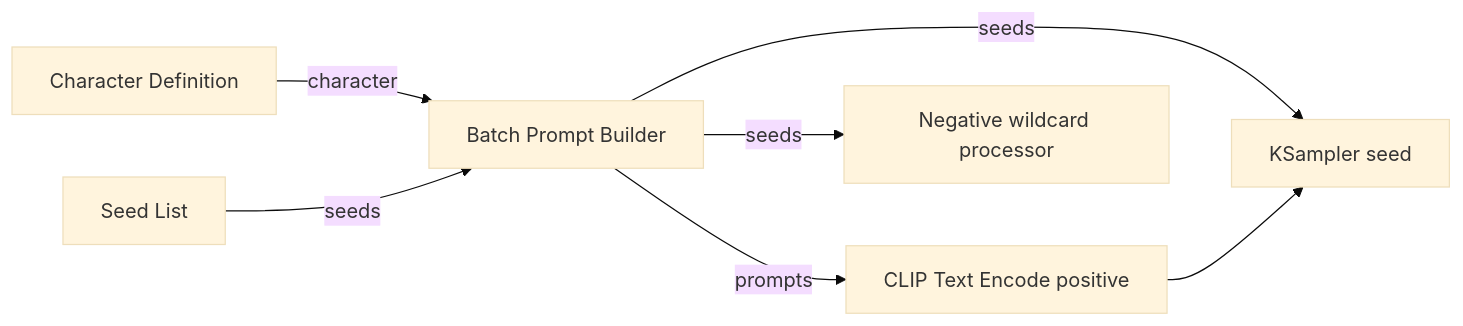
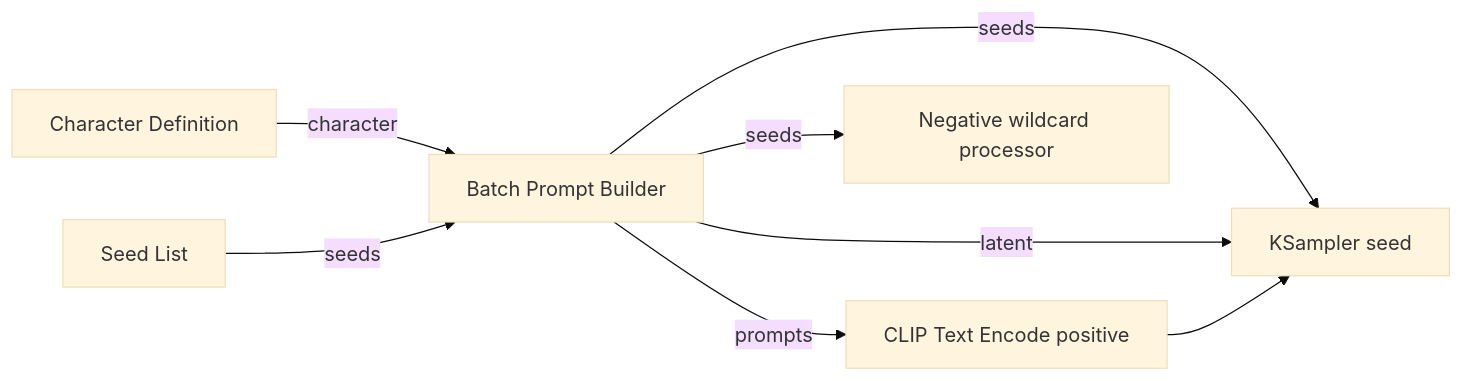
The diagram in README.md (ThedDryz/comfyui-batch-builder), drawn with Mermaid (base theme) before and after one commit. The commit also changed other lines of this file and 7 other files, not shown here.

````diff
--- a/README.md
+++ b/README.md
@@ -76,9 +93,10 @@
 ```mermaid
 flowchart LR
   charDef[Character Definition] -->|character| builder[Batch Prompt Builder]
   seedList[Seed List] -->|seeds| builder
   builder -->|prompts| posEncode[CLIP Text Encode positive]
   builder -->|seeds| sampler[KSampler seed]
+  builder -->|latent| sampler
   builder -->|seeds| negWildcard[Negative wildcard processor]
   posEncode --> sampler
 ```
````
